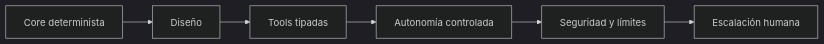
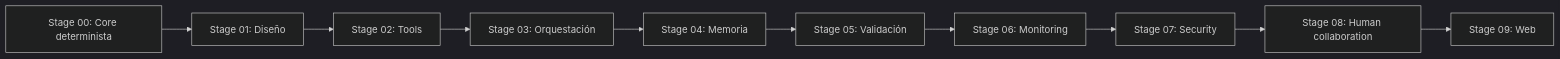
Before and after one commit to aldoapicella/utp-schedule-agent-lab: the diagram in docs/presentation_structure.md, drawn with Mermaid (dark theme). The commit also changed other lines of this file and 109 other files, not shown here.

Commit message:
Stage 09: add web dashboard and final workshop materials

````diff
--- a/docs/presentation_structure.md
+++ b/docs/presentation_structure.md
@@ -20,8 +43,12 @@
 ```mermaid
 flowchart LR
-  A["Core determinista"] --> B["Diseño"]
-  B --> C["Tools tipadas"]
-  C --> D["Autonomía controlada"]
-  D --> E["Seguridad y límites"]
-  E --> F["Escalación humana"]
+  A["Stage 00: Core determinista"] --> B["Stage 01: Diseño"]
+  B --> C["Stage 02: Tools"]
+  C --> D["Stage 03: Orquestación"]
+  D --> E["Stage 04: Memoria"]
+  E --> F["Stage 05: Validación"]
+  F --> G["Stage 06: Monitoring"]
+  G --> H["Stage 07: Security"]
+  H --> I["Stage 08: Human collaboration"]
+  I --> J["Stage 09: Web"]
 ```
````
